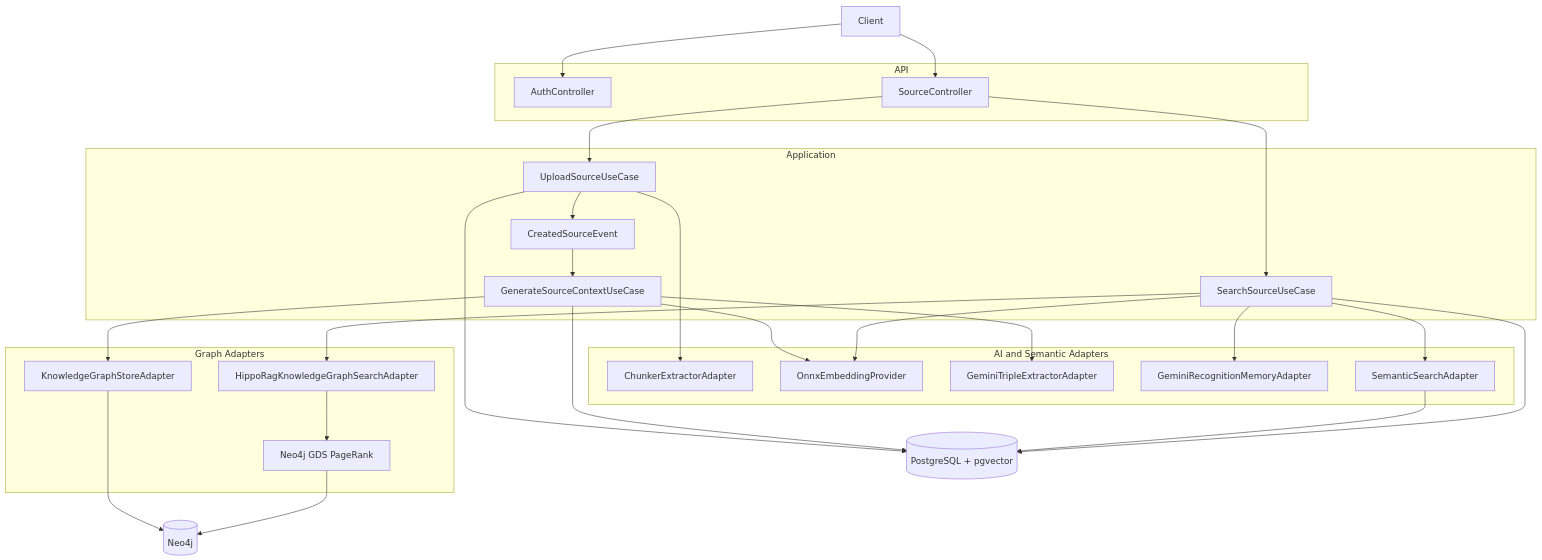
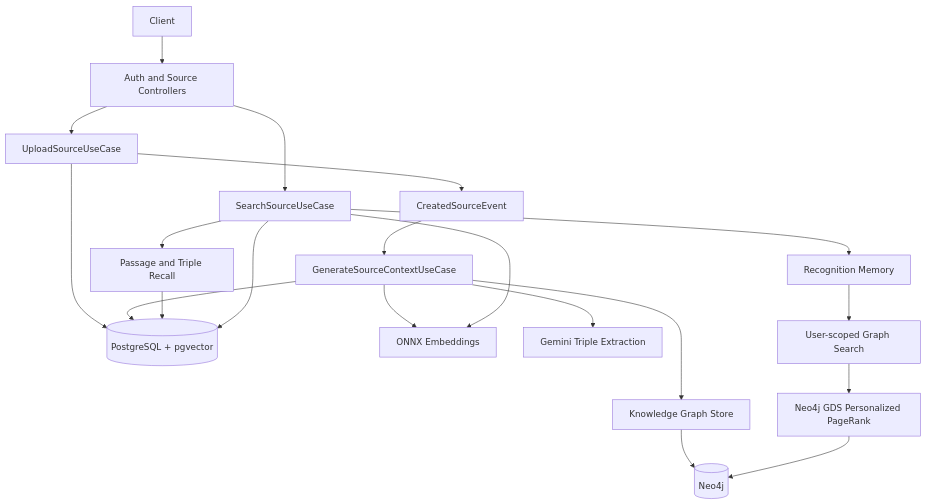
Before and after one commit to Luca5Eckert/Kairos: the first of 3 diagrams in README.md, drawn with Mermaid. The commit also changed other lines of this file, not shown here.

````diff
--- a/README.md
+++ b/README.md
@@ -90,55 +81,26 @@
 ```mermaid
 flowchart TB
-    client["Client"]
+    client[Client] --> api[Auth and Source Controllers]
 
-    subgraph api["API"]
-        auth["AuthController"]
-        sources["SourceController"]
-    end
+    api --> upload[UploadSourceUseCase]
+    api --> search[SearchSourceUseCase]
 
-    subgraph app["Application"]
-        upload["UploadSourceUseCase"]
-        enrich["GenerateSourceContextUseCase"]
-        search["SearchSourceUseCase"]
-        event["CreatedSourceEvent"]
-    end
+    upload --> postgres[(PostgreSQL + pgvector)]
+    upload --> event[CreatedSourceEvent]
+    event --> enrich[GenerateSourceContextUseCase]
 
-    subgraph ai["AI and Semantic Adapters"]
-        chunker["ChunkerExtractorAdapter"]
-        embedder["OnnxEmbeddingProvider"]
-        extractor["GeminiTripleExtractorAdapter"]
-        recognition["GeminiRecognitionMemoryAdapter"]
-        semantic["SemanticSearchAdapter"]
-    end
+    enrich --> onnx[ONNX Embeddings]
+    enrich --> gemini[Gemini Triple Extraction]
+    enrich --> postgres
+    enrich --> graphStore[Knowledge Graph Store]
+    graphStore --> neo4j[(Neo4j)]
 
-    subgraph graph["Graph Adapters"]
-        graphStore["KnowledgeGraphStoreAdapter"]
-        graphSearch["HippoRagKnowledgeGraphSearchAdapter"]
-        gds["Neo4j GDS PageRank"]
-    end
-
-    postgres[("PostgreSQL + pgvector")]
-    neo4j[("Neo4j")]
-
-    client --> auth
-    client --> sources
-    sources --> upload
-    upload --> chunker
-    upload --> postgres
-    upload --> event
-    event --> enrich
-    enrich --> embedder
-    enrich --> extractor
-    enrich --> postgres
-    enrich --> graphStore
-    graphStore --> neo4j
-    sources --> search
-    search --> embedder
-    search --> semantic
-    search --> recognition
+    search --> onnx
+    search --> semantic[Passage and Triple Recall]
     semantic --> postgres
-    search --> graphSearch
-    graphSearch --> gds
+    search --> recognition[Recognition Memory]
+    recognition --> graphSearch[User-scoped Graph Search]
+    graphSearch --> gds[Neo4j GDS Personalized PageRank]
     gds --> neo4j
     search --> postgres
 ```
````
